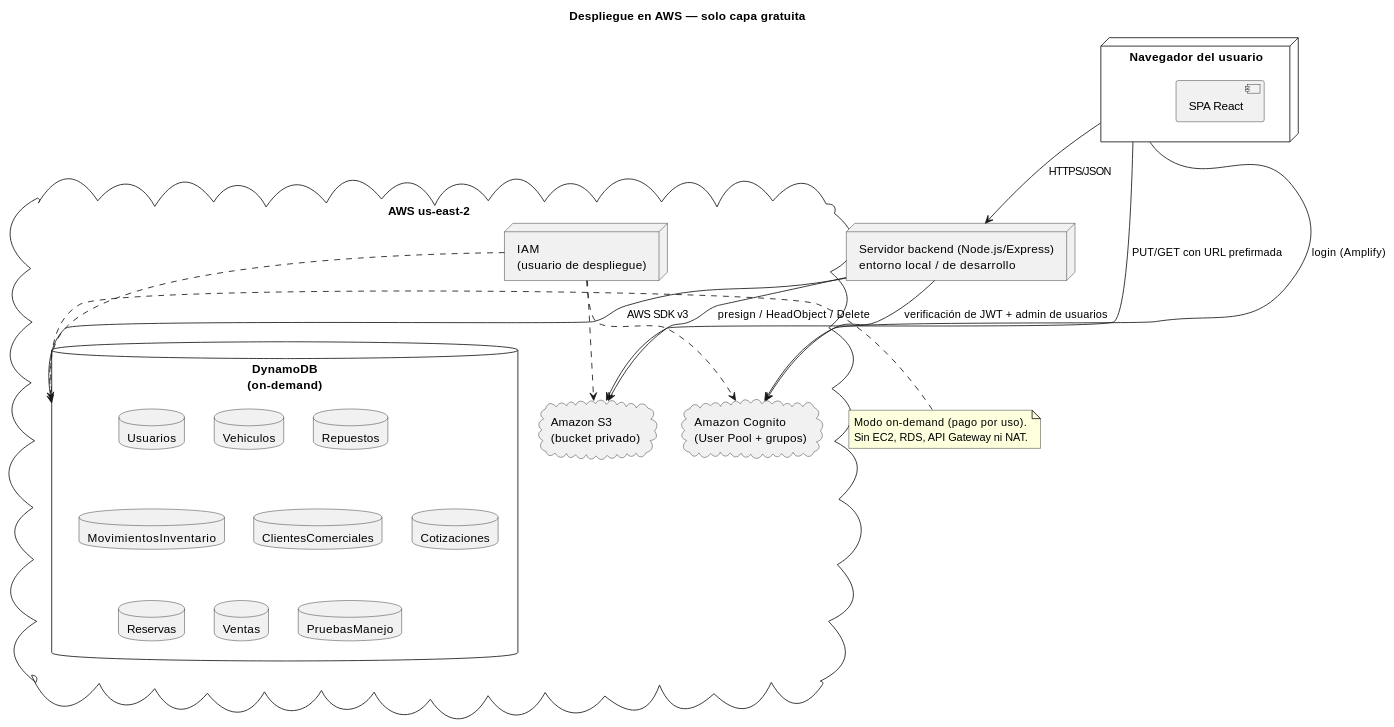
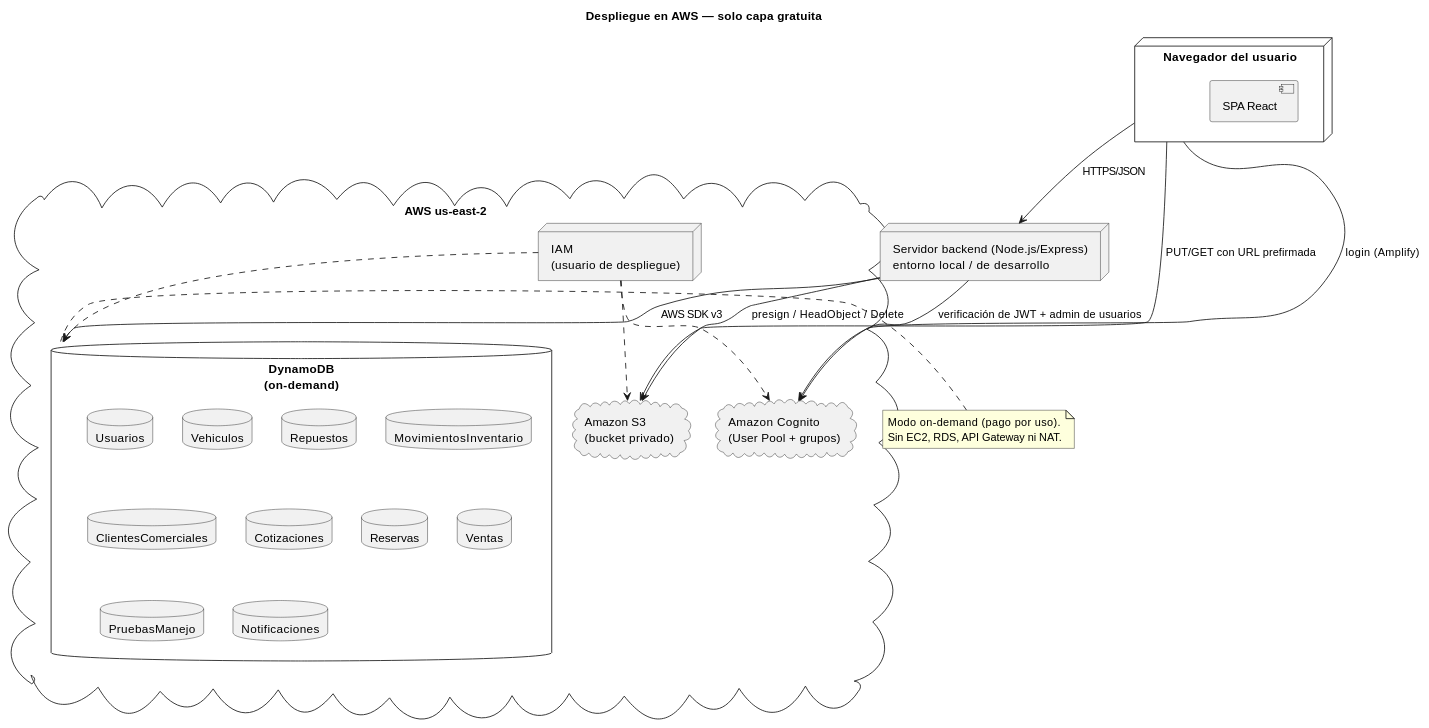
The second of 16 diagrams in documentacion/diagramas.md (dgschahvqvc17/Concesionaria-BMW), drawn with PlantUML before and after one commit. The commit also changed other lines of this file and 41 other files, not shown here.

````diff
--- a/documentacion/diagramas.md
+++ b/documentacion/diagramas.md
@@ -79,44 +80,45 @@
 ```plantuml
 @startuml
 title Despliegue en AWS — solo capa gratuita
 skinparam shadowing false
 
 node "Navegador del usuario" as browser {
   component "SPA React" as spa
 }
 
 node "Servidor backend (Node.js/Express)\nentorno local / de desarrollo" as api
 
 cloud "AWS us-east-2" {
   database "DynamoDB\n(on-demand)" as ddb {
     database "Usuarios" as t1
     database "Vehiculos" as t2
     database "Repuestos" as t3
     database "MovimientosInventario" as t4
     database "ClientesComerciales" as t5
     database "Cotizaciones" as t6
     database "Reservas" as t7
     database "Ventas" as t8
     database "PruebasManejo" as t9
+    database "Notificaciones" as t10
   }
   cloud "Amazon S3\n(bucket privado)" as s3
   cloud "Amazon Cognito\n(User Pool + grupos)" as cognito
   node "IAM\n(usuario de despliegue)" as iam
 }
 
 browser --> api : HTTPS/JSON
 browser --> cognito : login (Amplify)
 browser --> s3 : PUT/GET con URL prefirmada
 api --> ddb : AWS SDK v3
 api --> s3 : presign / HeadObject / Delete
 api --> cognito : verificación de JWT + admin de usuarios
 iam ..> ddb
 iam ..> s3
 iam ..> cognito
 
 note right of ddb
   Modo on-demand (pago por uso).
   Sin EC2, RDS, API Gateway ni NAT.
 end note
 @enduml
 ```
````
